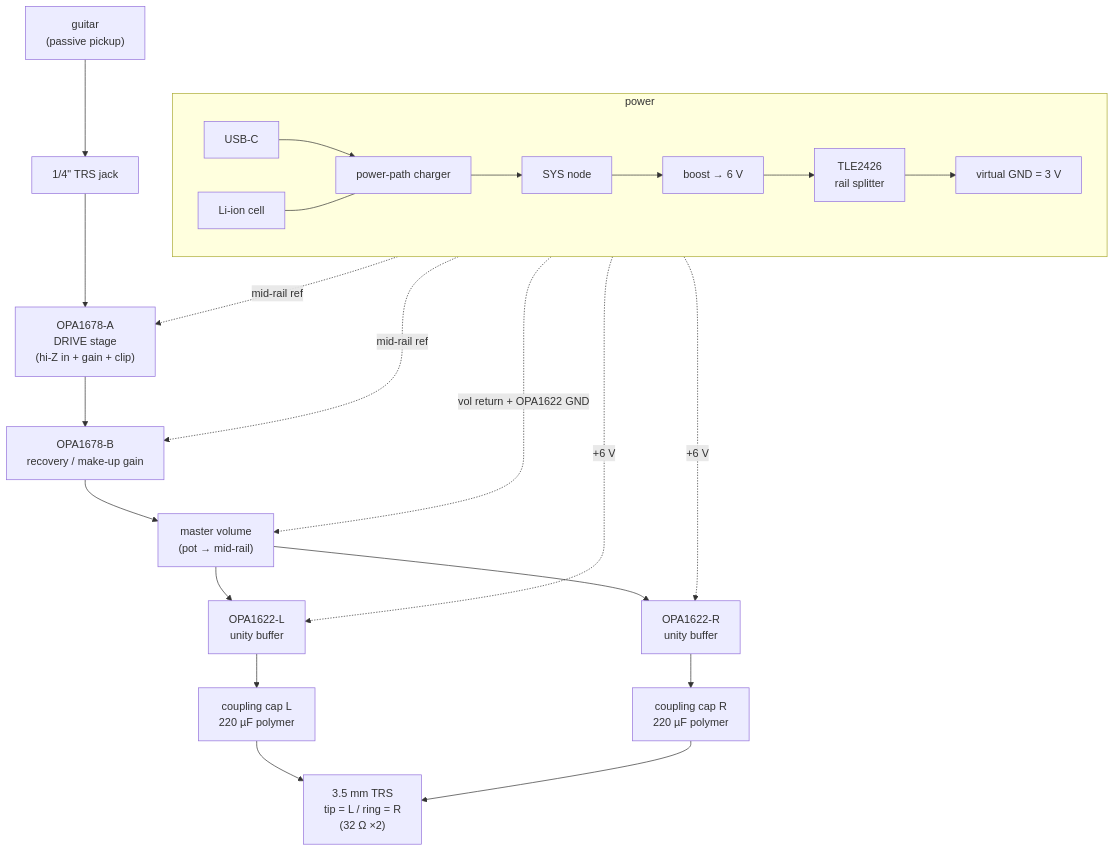
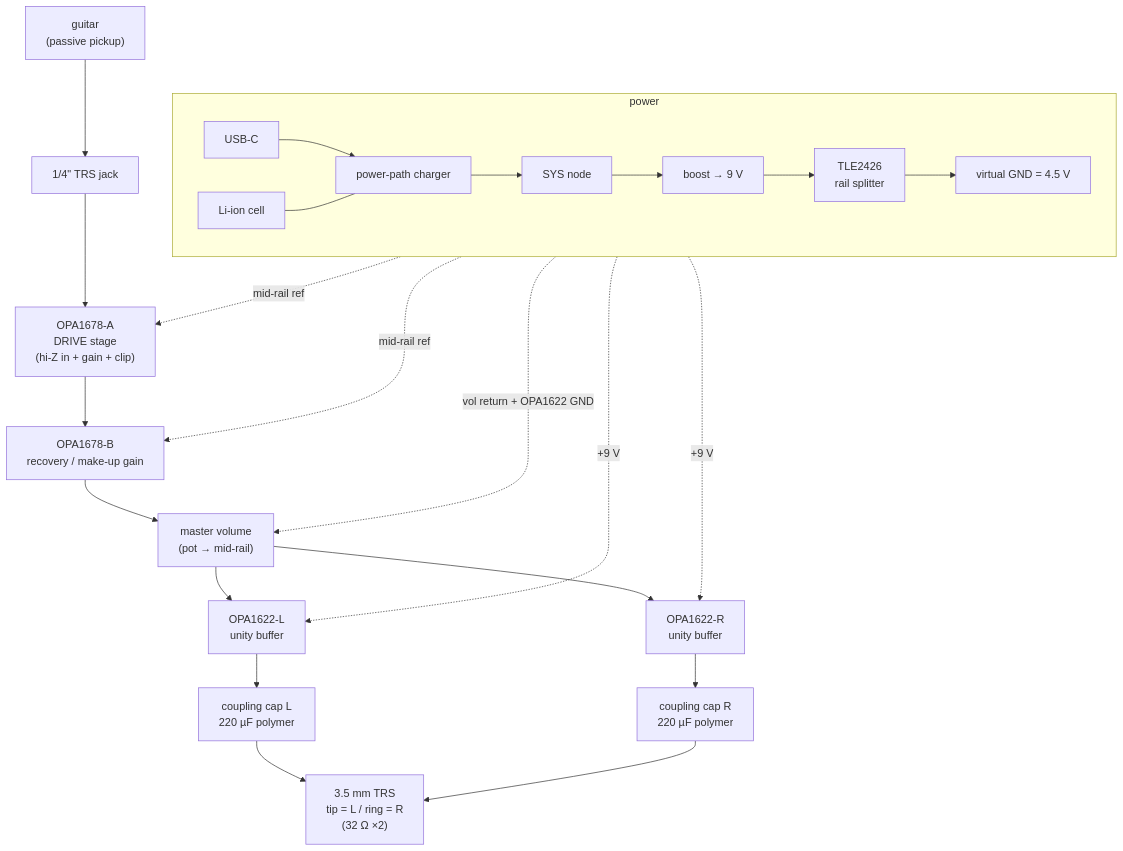
One commit to DSeabra/headphone_amp changed the first of 2 diagrams in notes/Guitar Headphone Amp/Guitar-Headphone-Amp-Theory-of-Operation.md. Above: the diagram before and after it, drawn with Mermaid. The commit also changed other lines of this file and 9 other files, not shown here.

````diff
--- a/notes/Guitar Headphone Amp/Guitar-Headphone-Amp-Theory-of-Operation.md
+++ b/notes/Guitar Headphone Amp/Guitar-Headphone-Amp-Theory-of-Operation.md
@@ -21,27 +21,27 @@
 ```mermaid
 flowchart TB
     G["guitar<br/>(passive pickup)"] --> IN["1/4&quot; TRS jack"]
     IN --> DRV["OPA1678-A<br/>DRIVE stage<br/>(hi-Z in + gain + clip)"]
     DRV --> REC["OPA1678-B<br/>recovery / make-up gain"]
     REC --> MV["master volume<br/>(pot → mid-rail)"]
     MV --> BL["OPA1622-L<br/>unity buffer"]
     MV --> BR["OPA1622-R<br/>unity buffer"]
     BL --> CL["coupling cap L<br/>220 µF polymer"]
     BR --> CR["coupling cap R<br/>220 µF polymer"]
     CL --> HP["3.5 mm TRS<br/>tip = L / ring = R<br/>(32 Ω ×2)"]
     CR --> HP
 
     subgraph PWR [power]
       direction LR
       USB["USB-C"] --> CHG["power-path charger"] --> SYS["SYS node"]
       CELL["Li-ion cell"] --- CHG
-      SYS --> BST["boost → 6 V"] --> SPL["TLE2426<br/>rail splitter"]
-      SPL --> MID["virtual GND = 3 V"]
+      SYS --> BST["boost → 9 V"] --> SPL["TLE2426<br/>rail splitter"]
+      SPL --> MID["virtual GND = 4.5 V"]
     end
 
     MID -.mid-rail ref.-> DRV
     MID -.mid-rail ref.-> REC
     MID -.vol return + OPA1622 GND.-> MV
-    BST -.+6 V.-> BL
-    BST -.+6 V.-> BR
+    BST -.+9 V.-> BL
+    BST -.+9 V.-> BR
 ```
````
